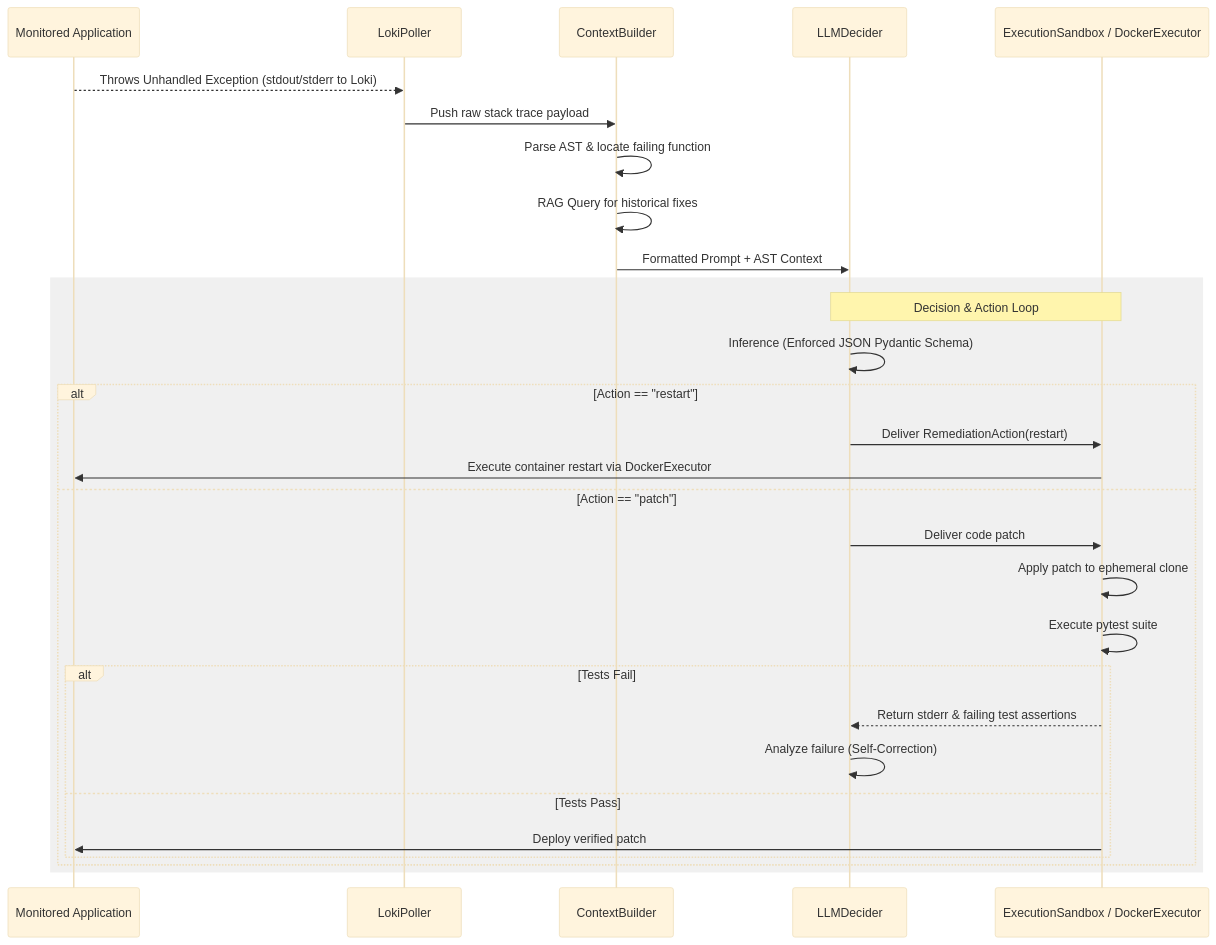
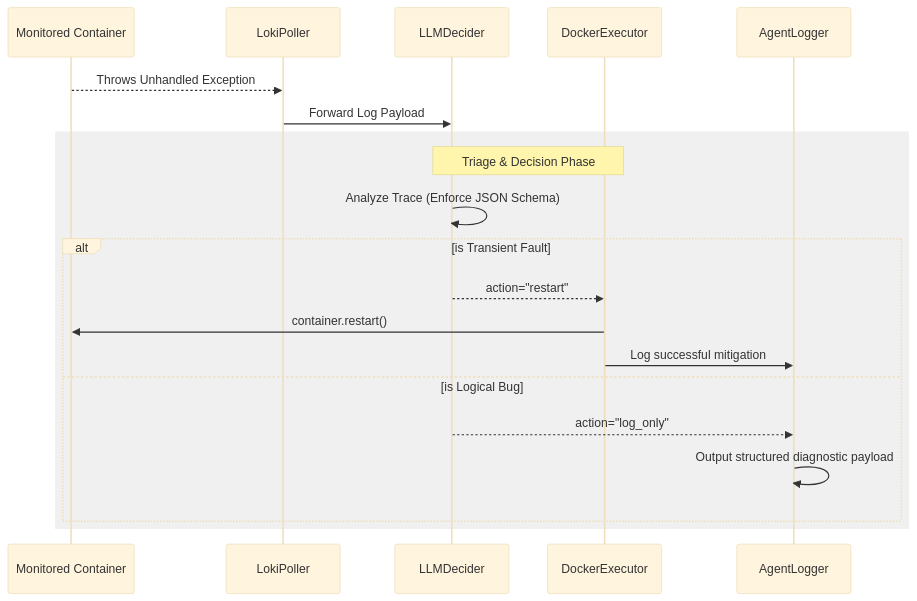
One commit to sedna08/chaos-and-recovery-agent changed the second of 4 diagrams in agents/healer-agent/docs/design_doc.md. Above: the diagram before and after it, drawn with Mermaid (base theme). The commit also changed other lines of this file, not shown here.

````diff
--- a/agents/healer-agent/docs/design_doc.md
+++ b/agents/healer-agent/docs/design_doc.md
@@ -53,35 +65,25 @@
 ```mermaid
 sequenceDiagram
-    participant App as Monitored Application
+    participant App as Monitored Container
     participant Watchdog as LokiPoller
-    participant Context as ContextBuilder
     participant Ollama as LLMDecider
-    participant Sandbox as ExecutionSandbox / DockerExecutor
+    participant Exec as DockerExecutor
+    participant Log as AgentLogger
 
-    App-->>Watchdog: Throws Unhandled Exception (stdout/stderr to Loki)
-    Watchdog->>Context: Push raw stack trace payload
-    Context->>Context: Parse AST & locate failing function
-    Context->>Context: RAG Query for historical fixes
-    Context->>Ollama: Formatted Prompt + AST Context
+    App-->>Watchdog: Throws Unhandled Exception
+    Watchdog->>Ollama: Forward Log Payload
 
     rect rgb(240, 240, 240)
-        Note over Ollama, Sandbox: Decision & Action Loop
-        Ollama->>Ollama: Inference (Enforced JSON Pydantic Schema)
+        Note over Ollama, Exec: Triage & Decision Phase
+        Ollama->>Ollama: Analyze Trace (Enforce JSON Schema)
 
-        alt Action == "restart"
-            Ollama->>Sandbox: Deliver RemediationAction(restart)
-            Sandbox->>App: Execute container restart via DockerExecutor
-        else Action == "patch"
-            Ollama->>Sandbox: Deliver code patch
-            Sandbox->>Sandbox: Apply patch to ephemeral clone
-            Sandbox->>Sandbox: Execute pytest suite
-
-            alt Tests Fail
-                Sandbox-->>Ollama: Return stderr & failing test assertions
-                Ollama->>Ollama: Analyze failure (Self-Correction)
-            else Tests Pass
-                Sandbox->>App: Deploy verified patch
-            end
+        alt is Transient Fault
+            Ollama-->>Exec: action="restart"
+            Exec->>App: container.restart()
+            Exec->>Log: Log successful mitigation
+        else is Logical Bug
+            Ollama-->>Log: action="log_only"
+            Log->>Log: Output structured diagnostic payload
         end
     end
 ```
````
